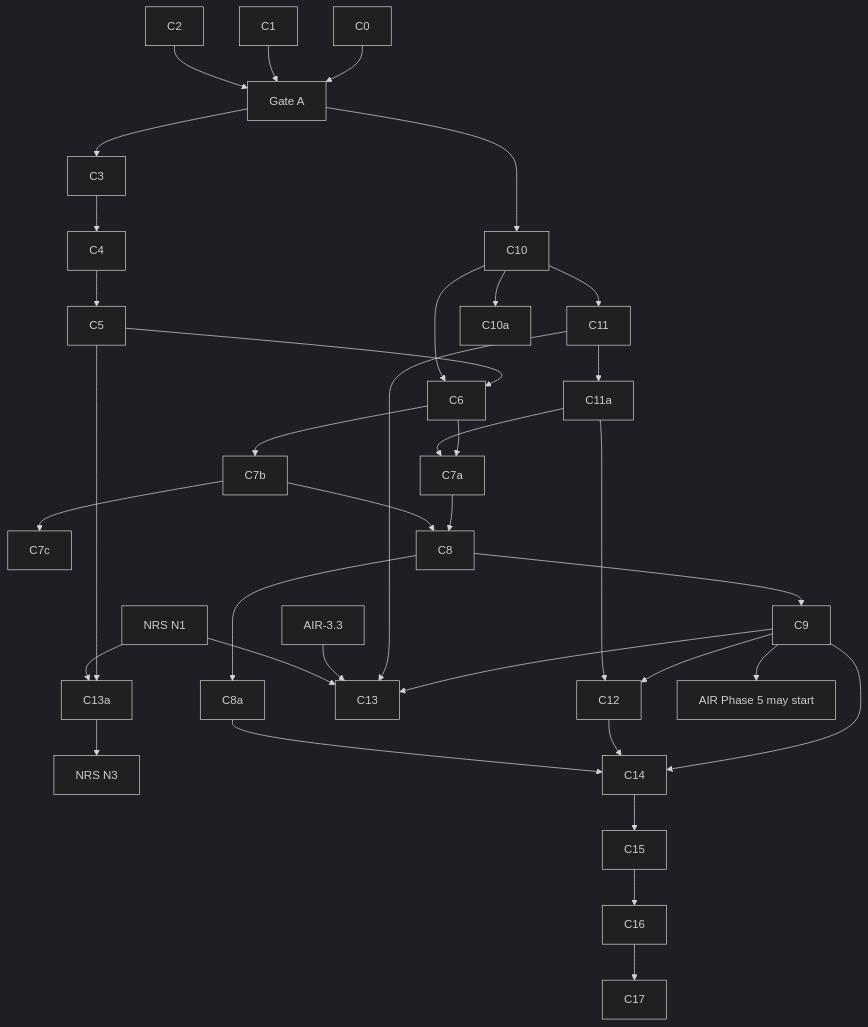
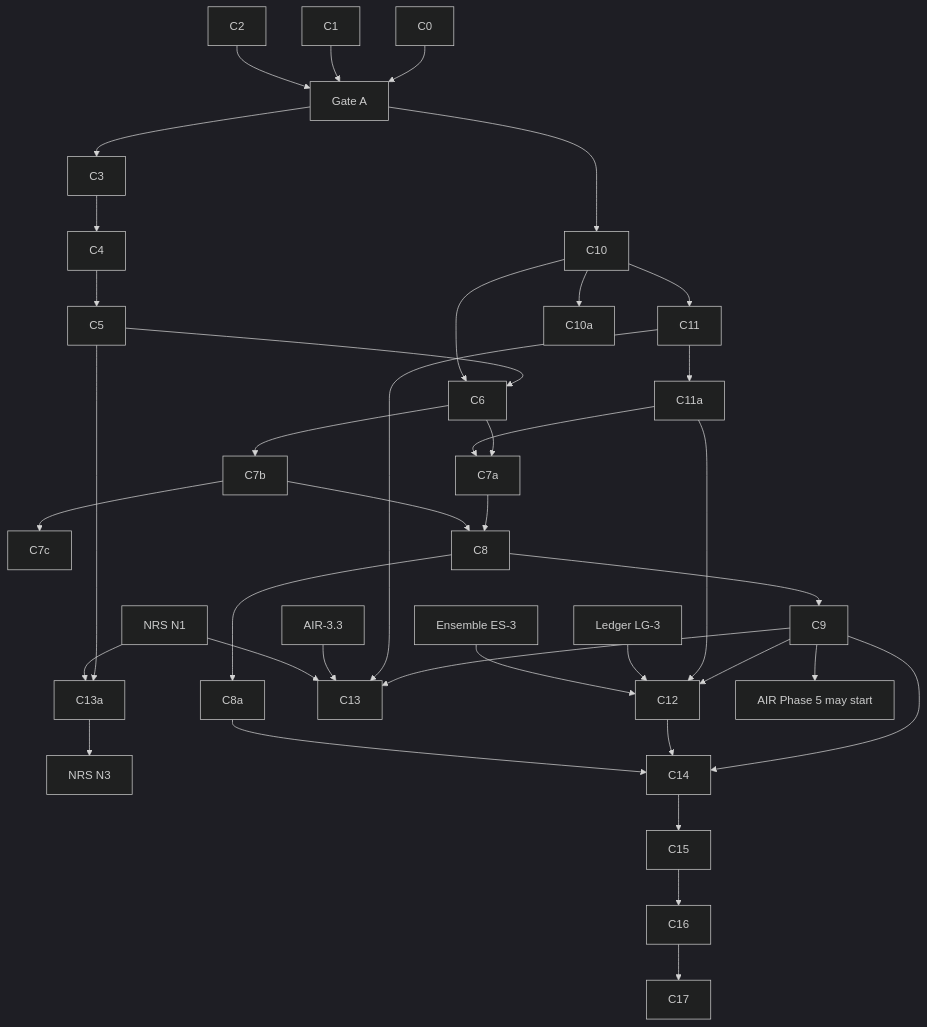
One commit to nebularis/lattice changed diagram 31 of 31 in docs/developer/plans/computable-contract-substrate.md. Above: the diagram before and after it, drawn with Mermaid (dark theme). The commit also changed other lines of this file and 300 other files, not shown here.

````diff
--- a/docs/developer/plans/computable-contract-substrate.md
+++ b/docs/developer/plans/computable-contract-substrate.md
@@ -4281,21 +4282,23 @@
 ```mermaid
 flowchart TB
     C0 & C1 & C2 --> GA["Gate A"]
     GA --> C3 --> C4 --> C5
     GA --> C10 --> C11 --> C11a
     C10 --> C10a
     C5 & C10 --> C6 --> C7b
     C7b --> C7c
     C6 & C11a --> C7a
     C7a & C7b --> C8 --> C8a
     C8 --> C9
     C9 & C11a --> C12
+    LG3["Ledger LG-3"] --> C12
+    ES3["Ensemble ES-3"] --> C12
     C9 & C11 --> C13
     C5 & N1 --> C13a
     C13a --> N3["NRS N3"]
     AIR33["AIR-3.3"] --> C13
     N1["NRS N1"] --> C13
     C9 & C12 --> C14 --> C15 --> C16 --> C17
     C8a --> C14
     C9 --> P5["AIR Phase 5 may start"]
 ```
````
